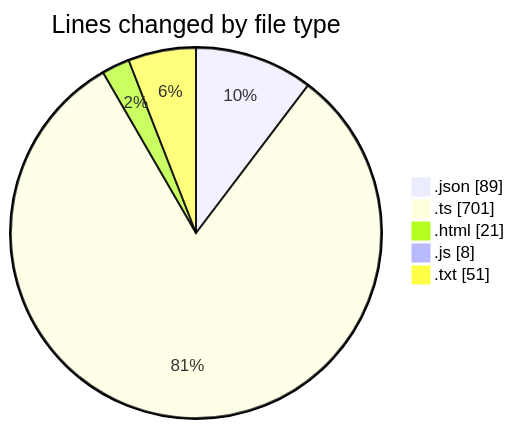
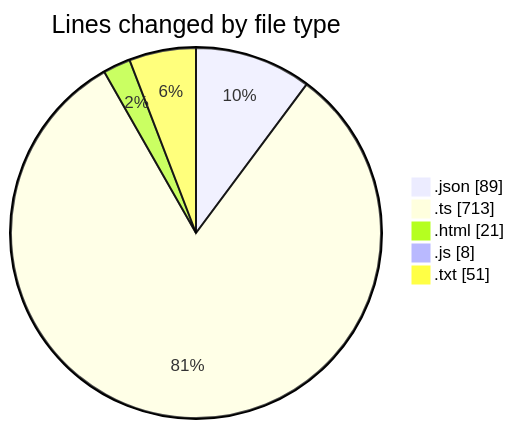
Before and after one commit to tmsrecording-cyber/code-tracking: the first of 2 diagrams in 2026-02-02/singularitybrainai/README.md, drawn with Mermaid. The commit also changed other lines of this file and 1 other file, not shown here.

````diff
--- a/2026-02-02/singularitybrainai/README.md
+++ b/2026-02-02/singularitybrainai/README.md
@@ -28,9 +28,9 @@
 ```mermaid
 pie showData
 title Lines changed by file type
 ".json" : 89
-".ts" : 701
+".ts" : 713
 ".html" : 21
 ".js" : 8
 ".txt" : 51
 ```
````
